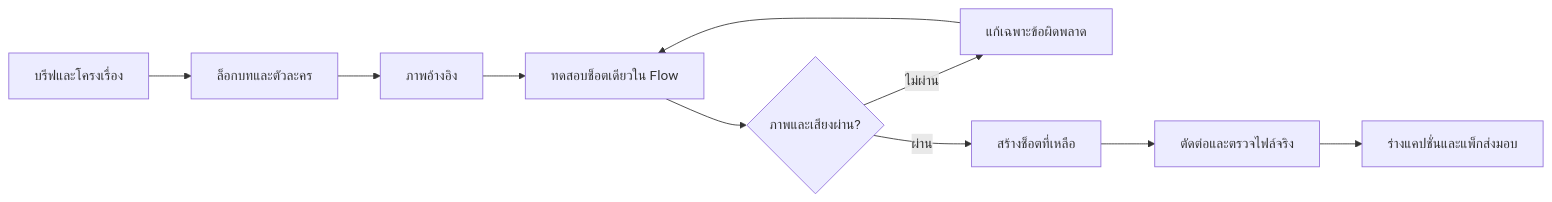
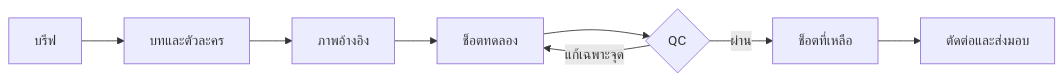
One commit to boombignose/chinese-short-film-flow changed the diagram in README.md. Above: the diagram before and after it, drawn with Mermaid. The commit also changed other lines of this file and 1 other file, not shown here.

````diff
--- a/README.md
+++ b/README.md
@@ -44,12 +107,10 @@
 ```mermaid
 flowchart LR
-  A[บรีฟและโครงเรื่อง] --> B[ล็อกบทและตัวละคร]
+  A[บรีฟ] --> B[บทและตัวละคร]
   B --> C[ภาพอ้างอิง]
-  C --> D[ทดสอบช็อตเดียวใน Flow]
-  D --> E{ภาพและเสียงผ่าน?}
-  E -- ไม่ผ่าน --> F[แก้เฉพาะข้อผิดพลาด]
-  F --> D
-  E -- ผ่าน --> G[สร้างช็อตที่เหลือ]
-  G --> H[ตัดต่อและตรวจไฟล์จริง]
-  H --> I[ร่างแคปชั่นและแพ็กส่งมอบ]
+  C --> D[ช็อตทดลอง]
+  D --> E{QC}
+  E -- แก้เฉพาะจุด --> D
+  E -- ผ่าน --> F[ช็อตที่เหลือ]
+  F --> G[ตัดต่อและส่งมอบ]
 ```
````
